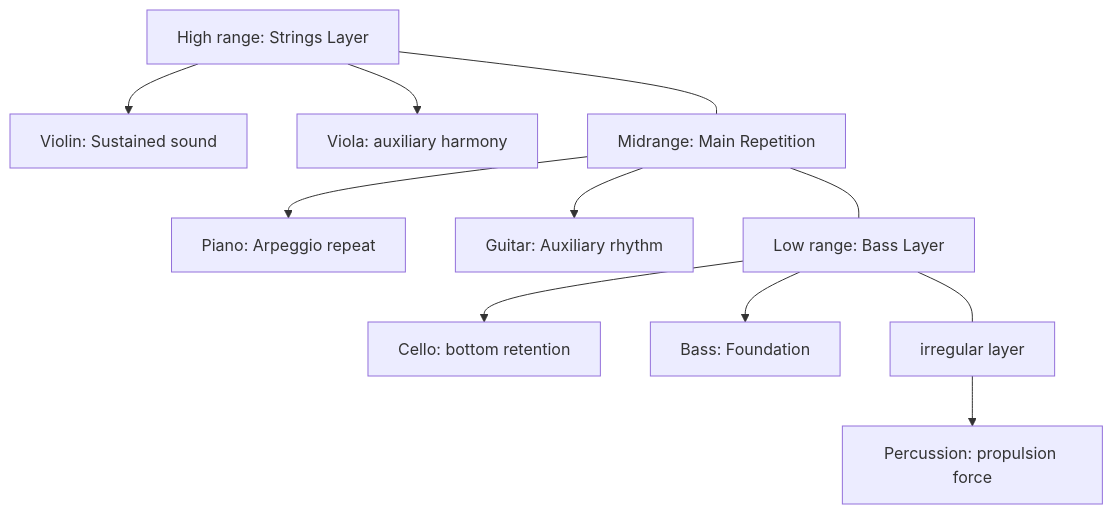
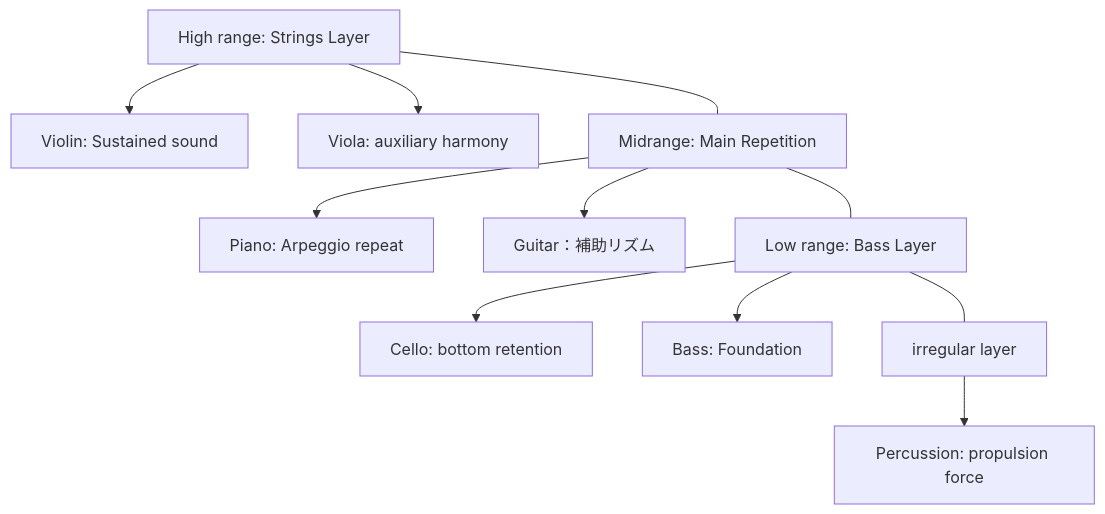
One commit to monumental-movement/monumental-movement.github.io changed the third of 3 diagrams in en/_posts/2025-11-19-column-penguin-cafe-orchestra.md. Above: the diagram before and after it, drawn with Mermaid. The commit also changed other lines of this file and 1012 other files, not shown here.

```diff
--- a/en/_posts/2025-11-19-column-penguin-cafe-orchestra.md
+++ b/en/_posts/2025-11-19-column-penguin-cafe-orchestra.md
@@ -264,18 +264,18 @@
 <div class="mermaid">
 
 flowchart TD
   A[High range: Strings Layer] --> A1[Violin: Sustained sound]
   A --> A2[Viola: auxiliary harmony]
 
   B[Midrange: Main Repetition] --> B1[Piano: Arpeggio repeat]
-  B --> B2[Guitar: Auxiliary rhythm]
+  B --> B2[Guitar：補助リズム]
 
   C[Low range: Bass Layer] --> C1[Cello: bottom retention]
   C --> C2[Bass: Foundation]
 
   D[irregular layer] --> D1[Percussion: propulsion force]
 
   A --- B --- C --- D
 
 
 </div>
```
